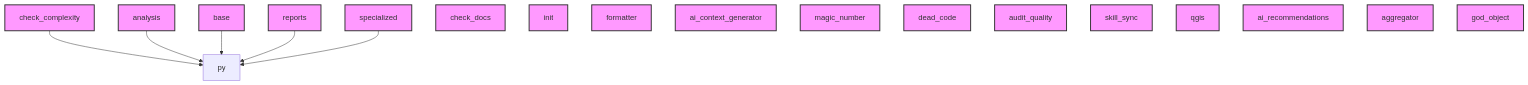
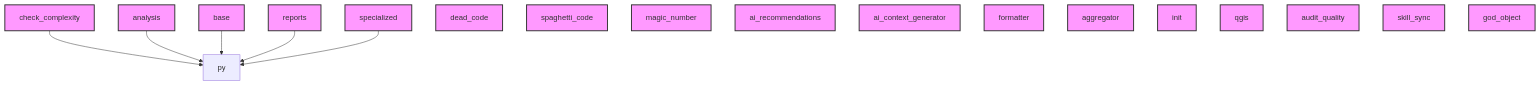
Before and after one commit to geociencio/ai-context-core: the diagram in AI_CONTEXT.md, drawn with Mermaid. The commit also changed other lines of this file and 41 other files, not shown here.

````diff
--- a/AI_CONTEXT.md
+++ b/AI_CONTEXT.md
@@ -95,49 +95,49 @@
 ```mermaid
 graph TD
     check_complexity --> py
     analysis --> py
     base --> py
     reports --> py
     specialized --> py
     classDef module fill:#f9f,stroke:#333,stroke-width:2px;
+    dead_code
+    class dead_code module;
+    spaghetti_code
+    class spaghetti_code module;
     reports
     class reports module;
-    check_docs
-    class check_docs module;
+    specialized
+    class specialized module;
+    magic_number
+    class magic_number module;
+    ai_recommendations
+    class ai_recommendations module;
+    ai_context_generator
+    class ai_context_generator module;
     base
     class base module;
-    init
-    class init module;
     formatter
     class formatter module;
     base
     class base module;
+    aggregator
+    class aggregator module;
     init
     class init module;
-    ai_context_generator
-    class ai_context_generator module;
-    magic_number
-    class magic_number module;
-    dead_code
-    class dead_code module;
     init
     class init module;
+    qgis
+    class qgis module;
+    init
+    class init module;
+    audit_quality
+    class audit_quality module;
+    skill_sync
+    class skill_sync module;
     analysis
     class analysis module;
-    audit_quality
-    class audit_quality module;
-    specialized
-    class specialized module;
+    god_object
+    class god_object module;
     check_complexity
     class check_complexity module;
-    skill_sync
-    class skill_sync module;
-    qgis
-    class qgis module;
-    ai_recommendations
-    class ai_recommendations module;
-    aggregator
-    class aggregator module;
-    god_object
-    class god_object module;
 ```
````
